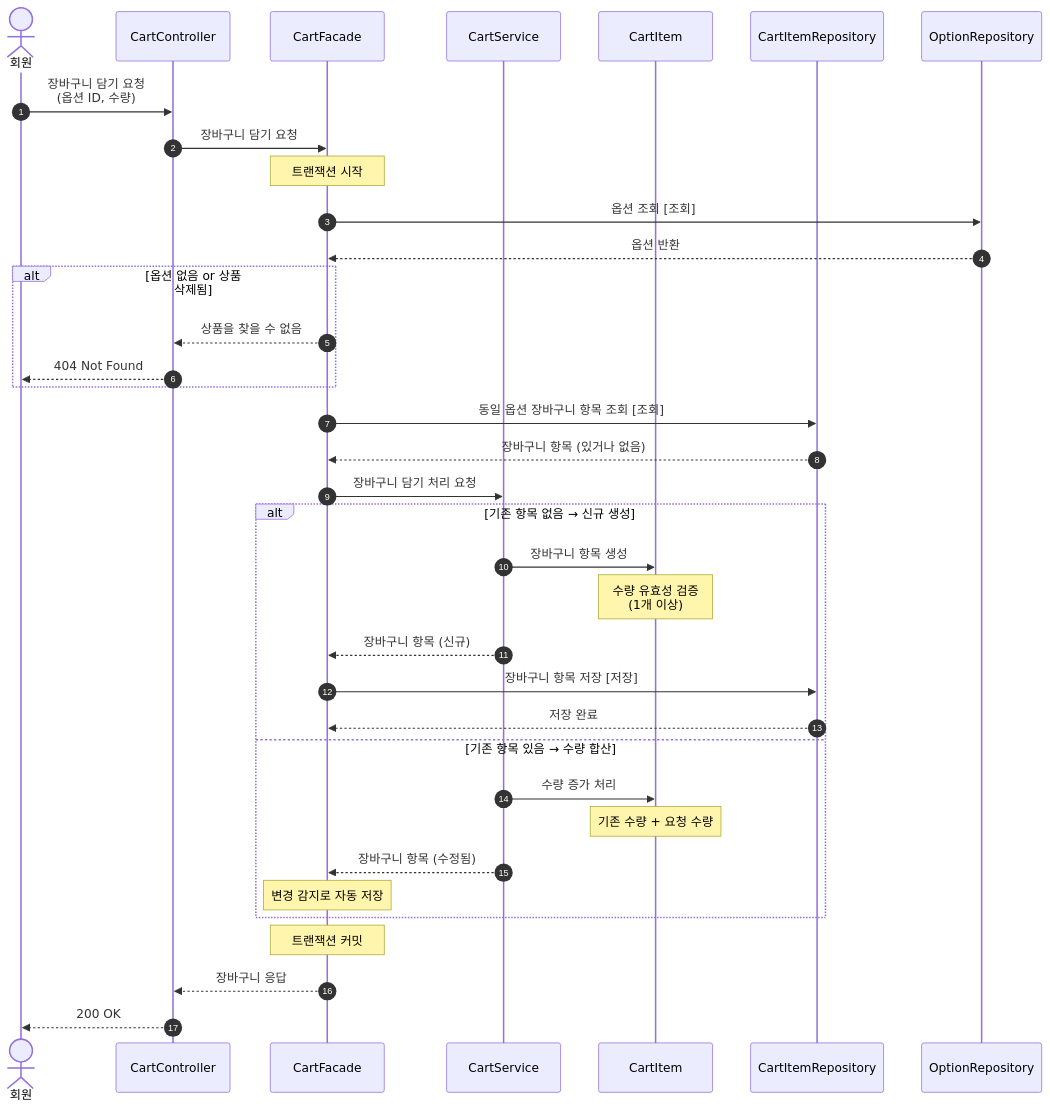
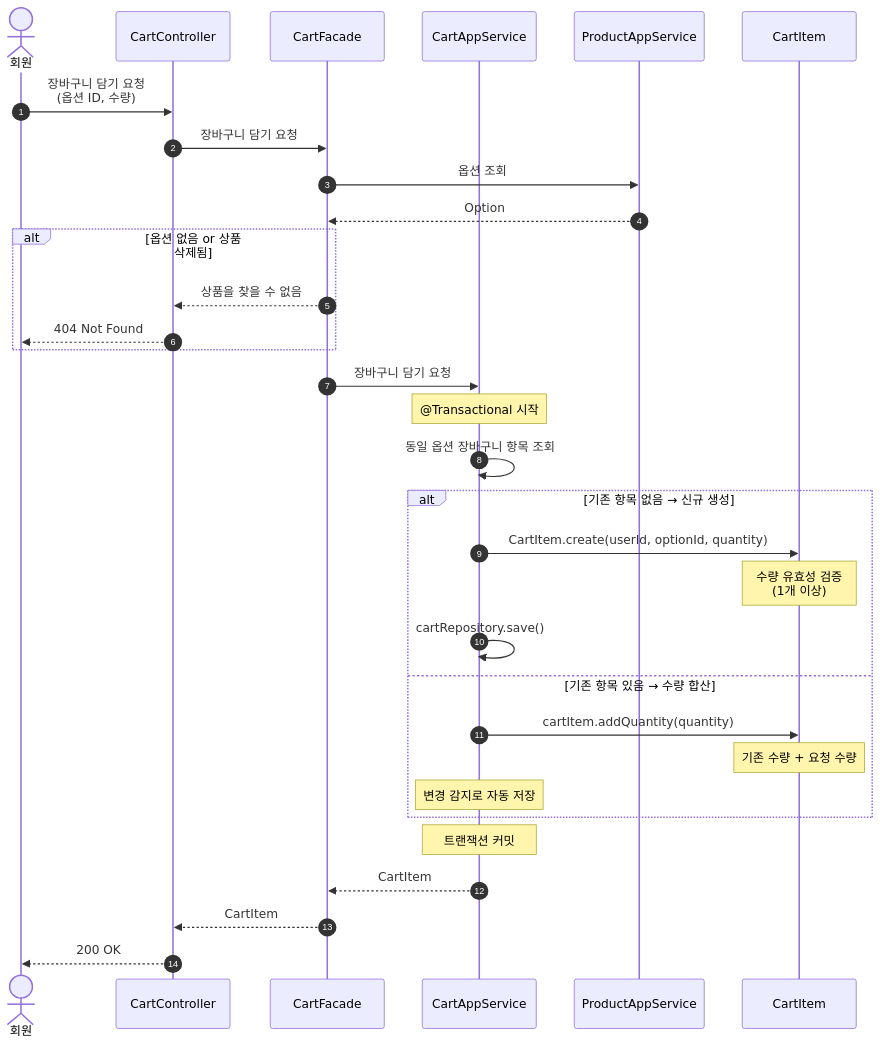
One commit to Loopers-dev-lab/loop-pack-be-l2-vol3-java changed the ninth of 14 diagrams in docs/design/02-sequence-diagrams.md. Above: the diagram before and after it, drawn with Mermaid. The commit also changed other lines of this file and 2 other files, not shown here.

````diff
--- a/docs/design/02-sequence-diagrams.md
+++ b/docs/design/02-sequence-diagrams.md
@@ -547,49 +538,44 @@
 ```mermaid
 sequenceDiagram
     autonumber
     actor 회원
     participant Controller as CartController
     participant Facade as CartFacade
-    participant Service as CartService
+    participant CartAS as CartAppService
+    participant ProductAS as ProductAppService
     participant Domain as CartItem
-    participant CartRepo as CartItemRepository
-    participant OptionRepo as OptionRepository
 
     회원->>Controller: 장바구니 담기 요청<br/>(옵션 ID, 수량)
     Controller->>Facade: 장바구니 담기 요청
 
-    Note over Facade: 트랜잭션 시작
-
     %% 1. 옵션 존재 확인
-    Facade->>OptionRepo: 옵션 조회 [조회]
-    OptionRepo-->>Facade: 옵션 반환
+    Facade->>ProductAS: 옵션 조회
+    ProductAS-->>Facade: Option
     alt 옵션 없음 or 상품 삭제됨
         Facade-->>Controller: 상품을 찾을 수 없음
         Controller-->>회원: 404 Not Found
     end
 
-    %% 2. 기존 장바구니 항목 확인
-    Facade->>CartRepo: 동일 옵션 장바구니 항목 조회 [조회]
-    CartRepo-->>Facade: 장바구니 항목 (있거나 없음)
+    %% 2. 장바구니 담기 (Merge 로직 포함)
+    Facade->>CartAS: 장바구니 담기 요청
 
-    %% 3. Merge 로직 적용
-    Facade->>Service: 장바구니 담기 처리 요청
+    Note over CartAS: @Transactional 시작
+
+    CartAS->>CartAS: 동일 옵션 장바구니 항목 조회
 
     alt 기존 항목 없음 → 신규 생성
-        Service->>Domain: 장바구니 항목 생성
+        CartAS->>Domain: CartItem.create(userId, optionId, quantity)
         Note over Domain: 수량 유효성 검증<br/>(1개 이상)
-        Service-->>Facade: 장바구니 항목 (신규)
-        Facade->>CartRepo: 장바구니 항목 저장 [저장]
-        CartRepo-->>Facade: 저장 완료
+        CartAS->>CartAS: cartRepository.save()
     else 기존 항목 있음 → 수량 합산
-        Service->>Domain: 수량 증가 처리
+        CartAS->>Domain: cartItem.addQuantity(quantity)
         Note over Domain: 기존 수량 + 요청 수량
-        Service-->>Facade: 장바구니 항목 (수정됨)
-        Note over Facade: 변경 감지로 자동 저장
+        Note over CartAS: 변경 감지로 자동 저장
     end
 
-    Note over Facade: 트랜잭션 커밋
+    Note over CartAS: 트랜잭션 커밋
 
-    Facade-->>Controller: 장바구니 응답
+    CartAS-->>Facade: CartItem
+    Facade-->>Controller: CartItem
     Controller-->>회원: 200 OK
 ```
````
